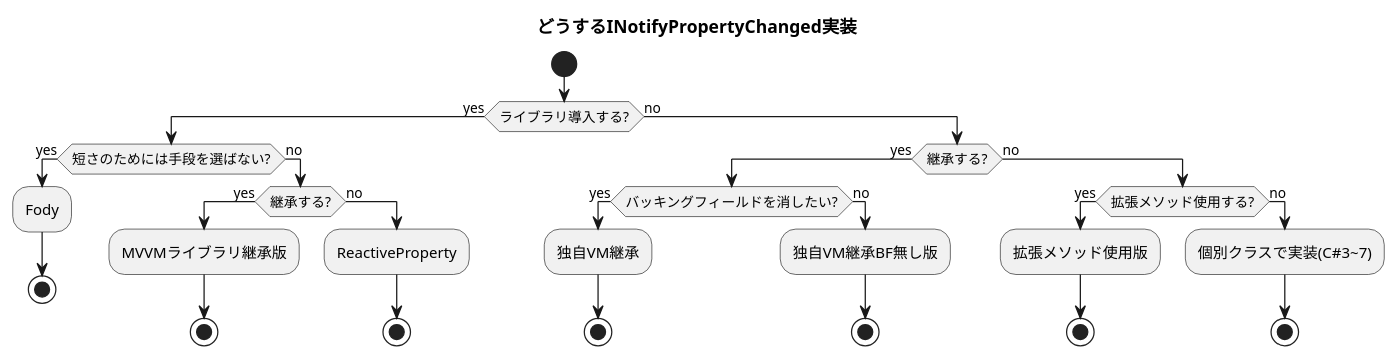
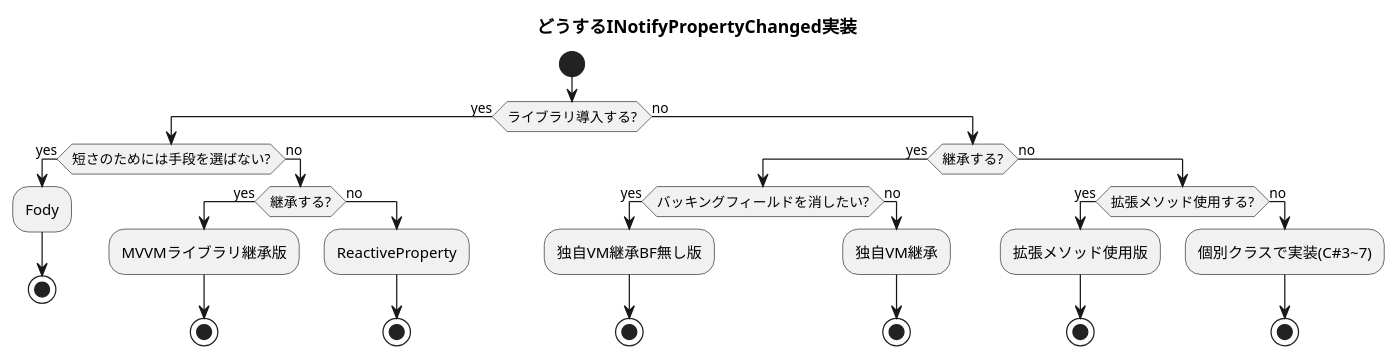
The diagram in Source/INotifyPropertyChangedImplementations/ActivityUml.pu (soi013/INotifyPropertyChangedImplementations), drawn with PlantUML before and after one commit. The commit also changed other lines of this file and 1 other file, not shown here.

```diff
--- a/Source/INotifyPropertyChangedImplementations/ActivityUml.pu
+++ b/Source/INotifyPropertyChangedImplementations/ActivityUml.pu
@@ -1,42 +1,42 @@
 @startuml
 
 title どうするINotifyPropertyChanged実装
 
 
 start
 
 if (ライブラリ導入する?) then (yes)
   if (短さのためには手段を選ばない?) then (yes)
     :Fody;
     stop
   else (no)
     if (継承する?) then (yes)
           :MVVMライブラリ継承版;
           stop
     else (no)
       :ReactiveProperty;
       stop
     endif
   endif
 else (no)
   if (継承する?) then (yes)
           if (バッキングフィールドを消したい?) then (yes)
-            :独自VM継承;
+            :独自VM継承BF無し版;
             stop
         else (no)
-            :独自VM継承BF無し版;
+            :独自VM継承;
             stop
         endif
   else (no)
     if (拡張メソッド使用する?) then (yes)
       :拡張メソッド使用版;
       stop
     else (no)
       :個別クラスで実装(C#3~7);
       stop
     endif
   endif
 endif
 
 
 @enduml
```
